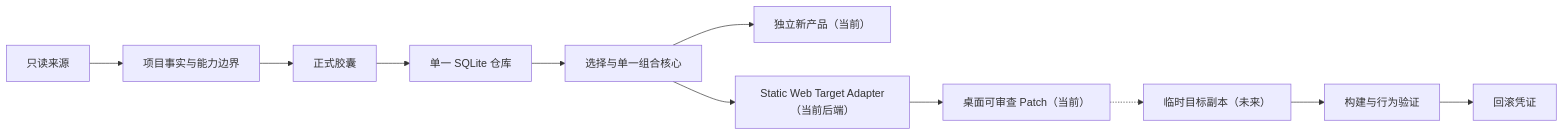
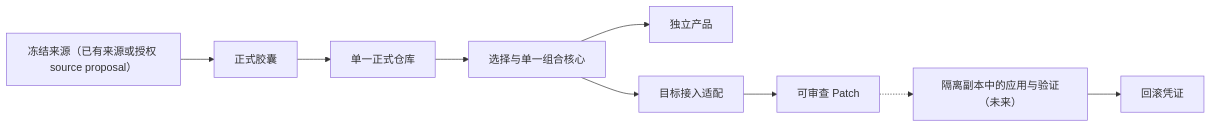
The diagram in docs/REWEAVE_PRODUCT_NORTH_STAR.md (chenjinnan82-stack/Reweave-lite), drawn with Mermaid before and after one commit. The commit also changed other lines of this file and 35 other files, not shown here.

````diff
--- a/docs/REWEAVE_PRODUCT_NORTH_STAR.md
+++ b/docs/REWEAVE_PRODUCT_NORTH_STAR.md
@@ -127,13 +139,11 @@
 ```mermaid
 flowchart LR
-  A["只读来源"] --> B["项目事实与能力边界"]
-  B --> C["正式胶囊"]
-  C --> D["单一 SQLite 仓库"]
-  D --> E["选择与单一组合核心"]
-  E --> F["独立新产品（当前）"]
-  E --> G["Static Web Target Adapter（当前后端）"]
-  G --> J["桌面可审查 Patch（当前）"]
-  J -.-> H["临时目标副本（未来）"]
-  H --> I["构建与行为验证"]
-  I --> K["回滚凭证"]
+  A["冻结来源（已有来源或授权 source proposal）"] --> B["正式胶囊"]
+  B --> C["单一正式仓库"]
+  C --> D["选择与单一组合核心"]
+  D --> E["独立产品"]
+  D --> F["目标接入适配"]
+  F --> G["可审查 Patch"]
+  G -.-> H["隔离副本中的应用与验证（未来）"]
+  H --> I["回滚凭证"]
 ```
````
